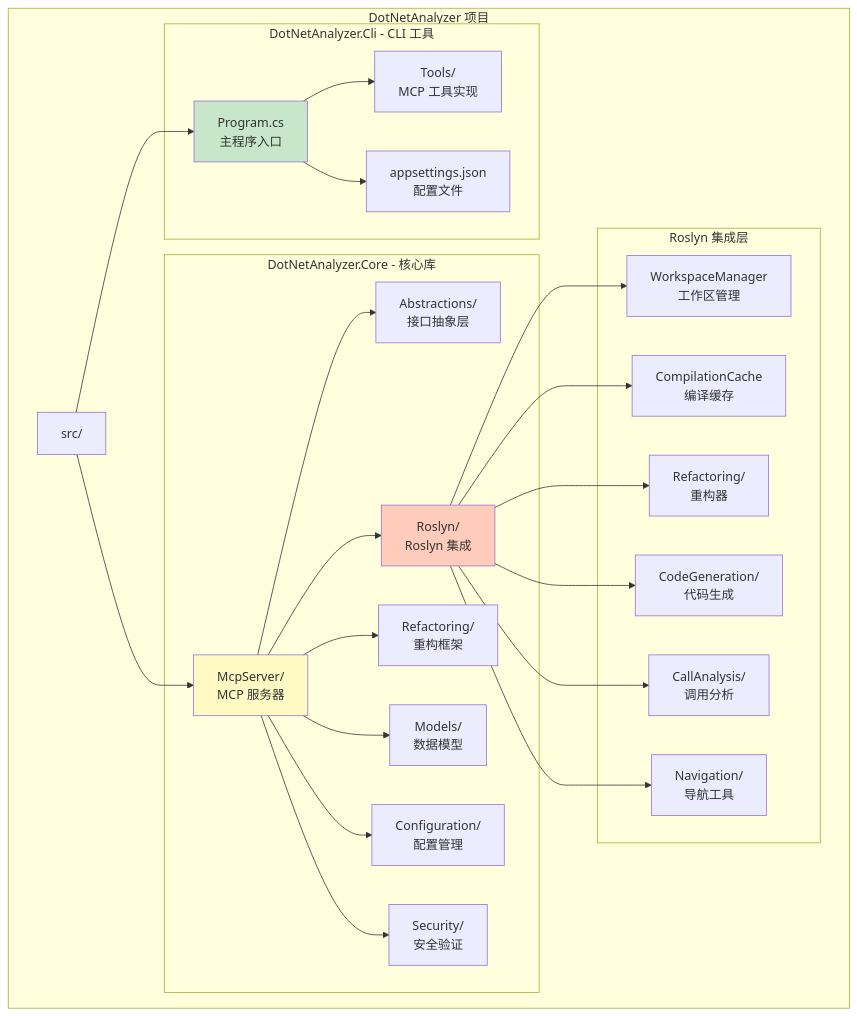
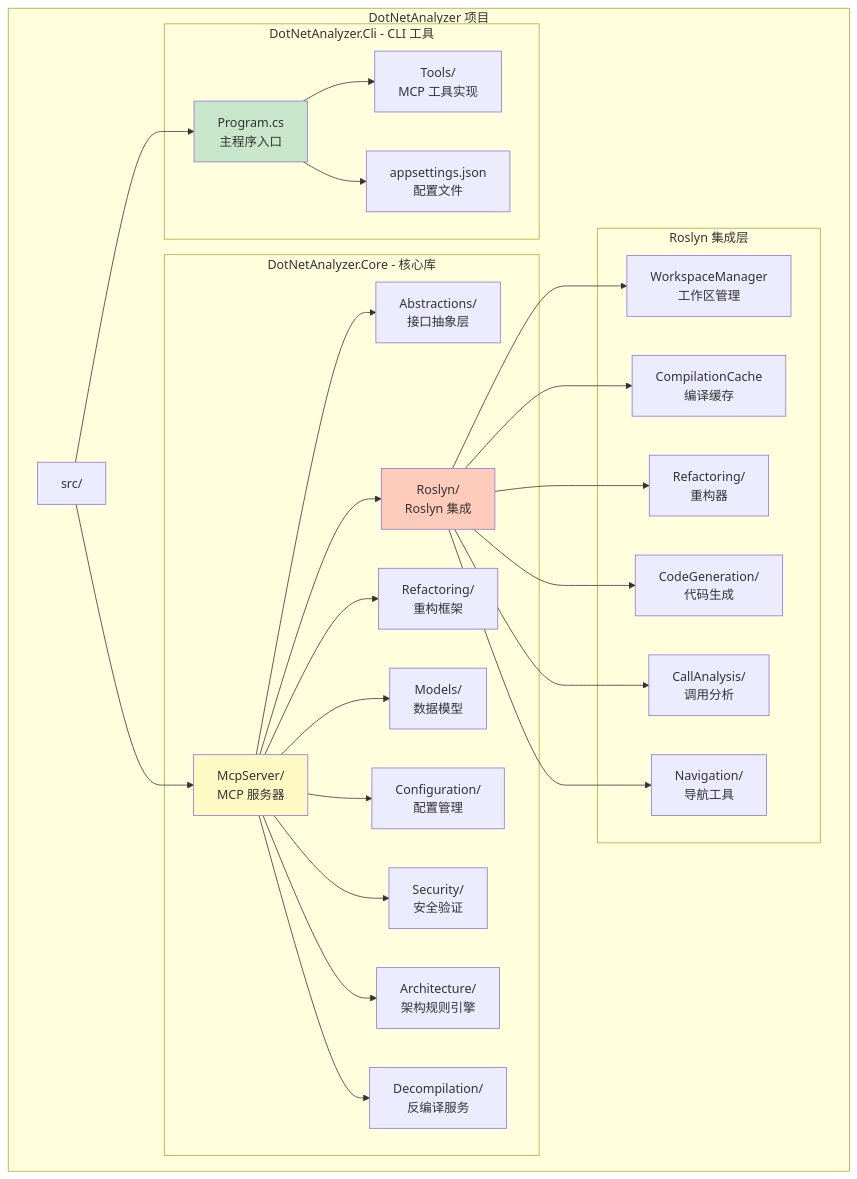
The third of 5 diagrams in docs/ARCHITECTURE.md (CartapenaBark/DotNetAnalyzer), drawn with Mermaid before and after one commit. The commit also changed other lines of this file and 93 other files, not shown here.

````diff
--- a/docs/ARCHITECTURE.md
+++ b/docs/ARCHITECTURE.md
@@ -127,52 +145,56 @@
 ```mermaid
 graph TB
     subgraph "DotNetAnalyzer 项目"
         A[src/]
 
         subgraph "DotNetAnalyzer.Cli - CLI 工具"
             B[Program.cs<br/>主程序入口]
             C[Tools/<br/>MCP 工具实现]
             D[appsettings.json<br/>配置文件]
         end
 
         subgraph "DotNetAnalyzer.Core - 核心库"
             E[McpServer/<br/>MCP 服务器]
             F[Abstractions/<br/>接口抽象层]
             G[Roslyn/<br/>Roslyn 集成]
             H[Refactoring/<br/>重构框架]
             I[Models/<br/>数据模型]
             J[Configuration/<br/>配置管理]
             K[Security/<br/>安全验证]
+            R[Architecture/<br/>架构规则引擎]
+            S[Decompilation/<br/>反编译服务]
         end
 
         subgraph "Roslyn 集成层"
             L[WorkspaceManager<br/>工作区管理]
             M[CompilationCache<br/>编译缓存]
             N[Refactoring/<br/>重构器]
             O[CodeGeneration/<br/>代码生成]
             P[CallAnalysis/<br/>调用分析]
             Q[Navigation/<br/>导航工具]
         end
 
         A --> B
         A --> E
         B --> C
         B --> D
         E --> F
         E --> G
         E --> H
         E --> I
         E --> J
         E --> K
+        E --> R
+        E --> S
         G --> L
         G --> M
         G --> N
         G --> O
         G --> P
         G --> Q
 
         style B fill:#c8e6c9
         style E fill:#fff9c4
         style G fill:#ffccbc
     end
 ```
````
